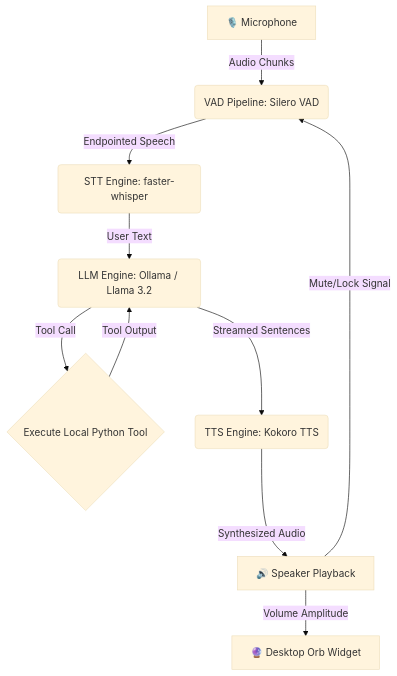
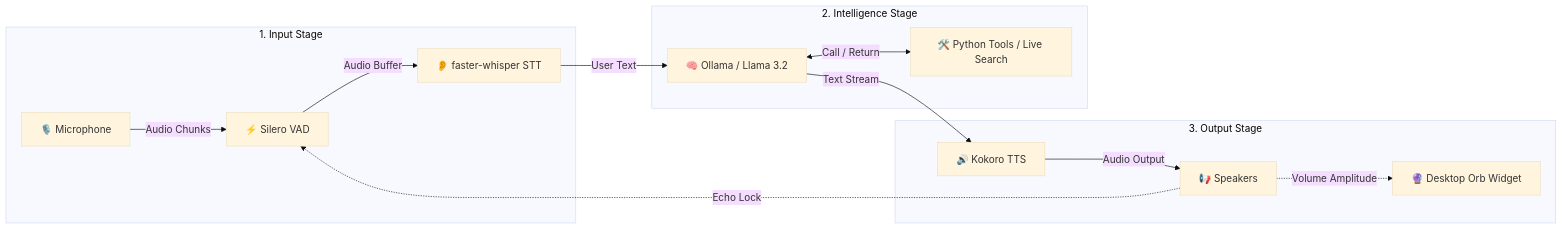
The diagram in README.md (saikrishnaallam/jarvis_ai), drawn with Mermaid (base theme) before and after one commit. The commit also changed other lines of this file, not shown here.

Commit message:
Simplify Architecture & Pipeline Flow section in README with step-by-step breakdown and modular Mermaid flowchart

````diff
--- a/README.md
+++ b/README.md
@@ -28,12 +36,19 @@
 ```mermaid
-graph TD
-    A[🎙️ Microphone] -->|Audio Chunks| B(VAD Pipeline: Silero VAD)
-    B -->|Endpointed Speech| C(STT Engine: faster-whisper)
-    C -->|User Text| D(LLM Engine: Ollama / Llama 3.2)
-    D -->|Tool Call| E{Execute Local Python Tool}
-    E -->|Tool Output| D
-    D -->|Streamed Sentences| F(TTS Engine: Kokoro TTS)
-    F -->|Synthesized Audio| G[🔊 Speaker Playback]
-    G -->|Mute/Lock Signal| B
-    G -->|Volume Amplitude| H[🔮 Desktop Orb Widget]
+flowchart LR
+    subgraph Input ["1. Input Stage"]
+        A[🎙️ Microphone] -->|Audio Chunks| B[⚡ Silero VAD]
+        B -->|Audio Buffer| C[👂 faster-whisper STT]
+    end
+
+    subgraph Core ["2. Intelligence Stage"]
+        C -->|User Text| D[🧠 Ollama / Llama 3.2]
+        D <-->|Call / Return| E[🛠️ Python Tools / Live Search]
+    end
+
+    subgraph Output ["3. Output Stage"]
+        D -->|Text Stream| F[🔊 Kokoro TTS]
+        F -->|Audio Output| G[📢 Speakers]
+        G -.->|Volume Amplitude| H[🔮 Desktop Orb Widget]
+        G -.->|Echo Lock| B
+    end
 ```
````
